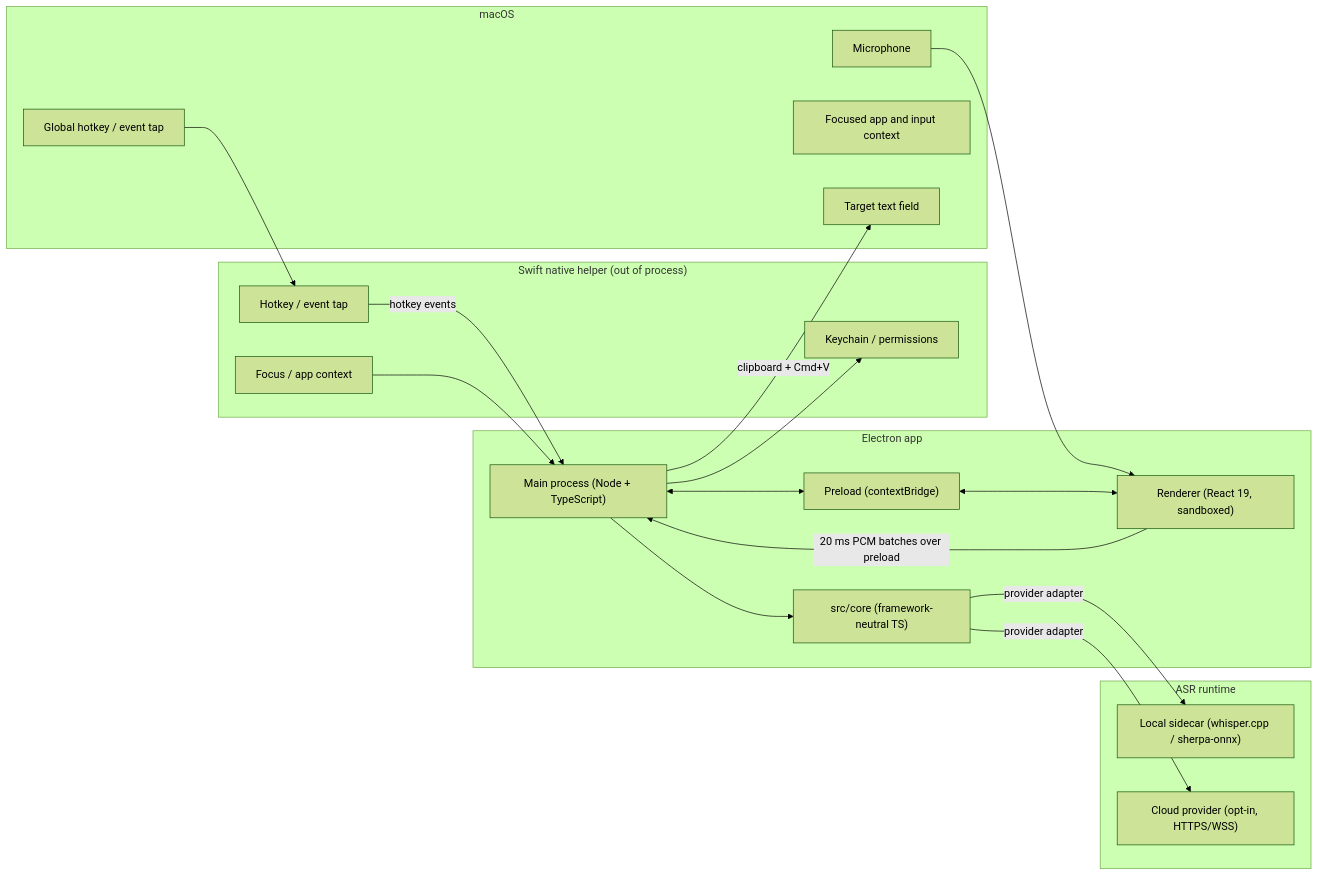
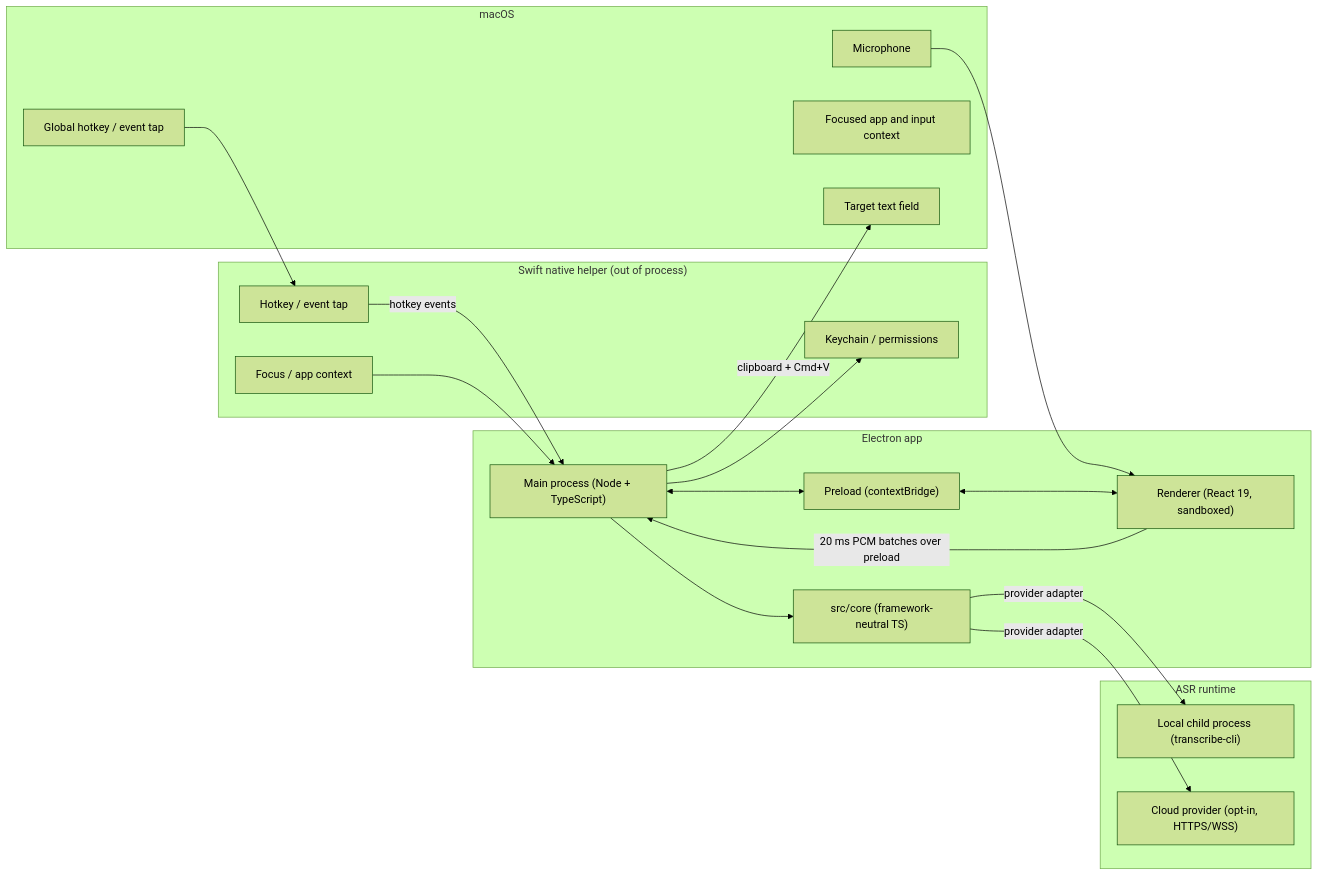
The first of 2 diagrams in docs/ARCHITECTURE.md (speakworks/justspeak), drawn with Mermaid (forest theme) before and after one commit. The commit also changed other lines of this file and 2 other files, not shown here.

````diff
--- a/docs/ARCHITECTURE.md
+++ b/docs/ARCHITECTURE.md
@@ -38,40 +38,40 @@
 ```mermaid
 flowchart LR
   subgraph OS["macOS"]
     Hotkey["Global hotkey / event tap"]
     Mic["Microphone"]
     Focus["Focused app and input context"]
     Target["Target text field"]
   end
 
   subgraph Helper["Swift native helper (out of process)"]
     H1["Hotkey / event tap"]
     H2["Focus / app context"]
     H4["Keychain / permissions"]
   end
 
   subgraph Electron["Electron app"]
     Main["Main process (Node + TypeScript)"]
     Core["src/core (framework-neutral TS)"]
     Preload["Preload (contextBridge)"]
     Renderer["Renderer (React 19, sandboxed)"]
   end
 
   subgraph ASR["ASR runtime"]
-    Local["Local sidecar (whisper.cpp / sherpa-onnx)"]
+    Local["Local child process (transcribe-cli)"]
     Cloud["Cloud provider (opt-in, HTTPS/WSS)"]
   end
 
   Hotkey --> H1
   Mic --> Renderer
   H1 -- "hotkey events" --> Main
   Renderer -- "20 ms PCM batches over preload" --> Main
   Main --> Core
   Core -- "provider adapter" --> Local
   Core -- "provider adapter" --> Cloud
   H2 --> Main
   Main -- "clipboard + Cmd+V" --> Target
   Main <--> Preload
   Preload <--> Renderer
   Main --> H4
 ```
````
